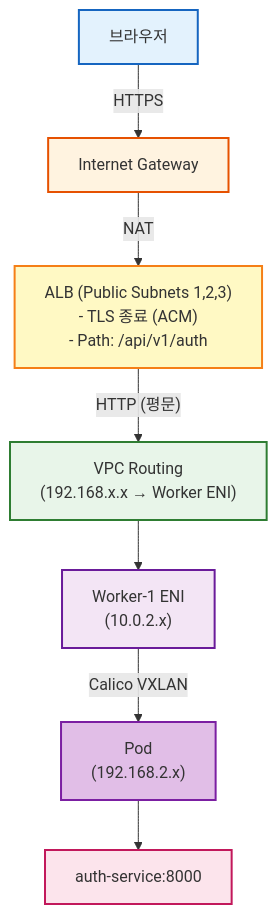
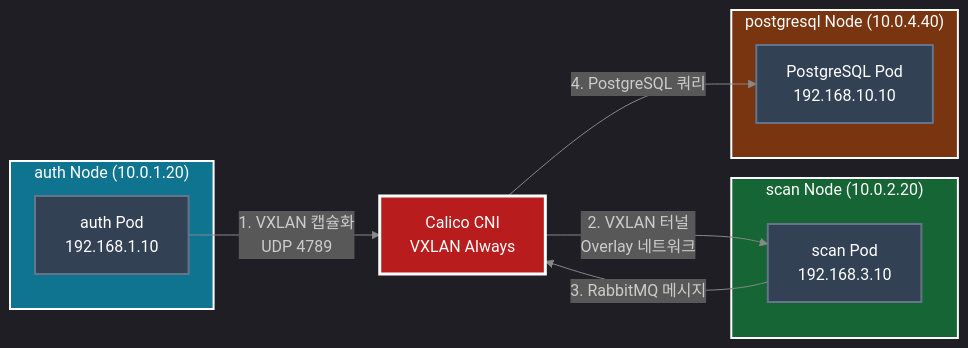
The third of 5 diagrams in docs/infrastructure/02-vpc-network-design.md (SeSACTHON/backend), drawn with Mermaid before and after one commit. The commit also changed other lines of this file and 54 other files, not shown here.

````diff
--- a/docs/infrastructure/02-vpc-network-design.md
+++ b/docs/infrastructure/02-vpc-network-design.md
@@ -209,17 +366,29 @@
 ```mermaid
-graph TD
-    Browser["브라우저"] -->|"HTTPS"| IGW["Internet Gateway"]
-    IGW -->|"NAT"| ALB["ALB (Public Subnets 1,2,3)<br/>- TLS 종료 (ACM)<br/>- Path: /api/v1/auth"]
-    ALB -->|"HTTP (평문)"| Route["VPC Routing<br/>(192.168.x.x → Worker ENI)"]
-    Route --> ENI["Worker-1 ENI<br/>(10.0.2.x)"]
-    ENI -->|"Calico VXLAN"| Pod["Pod<br/>(192.168.2.x)"]
-    Pod --> Service["auth-service:8000"]
+%%{init: {'theme':'dark', 'themeVariables': { 'primaryColor':'#1a1a1a', 'primaryTextColor':'#fff', 'primaryBorderColor':'#444', 'lineColor':'#888', 'secondaryColor':'#2d2d2d', 'tertiaryColor':'#1a1a1a'}}}%%
+graph LR
+    subgraph AuthNode["auth Node (10.0.1.20)"]
+        AuthPod["auth Pod<br/>192.168.1.10"]
+    end
     
-    style Browser fill:#e3f2fd,stroke:#1565c0,stroke-width:2px
-    style IGW fill:#fff3e0,stroke:#e65100,stroke-width:2px
-    style ALB fill:#fff9c4,stroke:#f57f17,stroke-width:2px
-    style Route fill:#e8f5e9,stroke:#2e7d32,stroke-width:2px
-    style ENI fill:#f3e5f5,stroke:#6a1b9a,stroke-width:2px
-    style Pod fill:#e1bee7,stroke:#7b1fa2,stroke-width:2px
-    style Service fill:#fce4ec,stroke:#c2185b,stroke-width:2px
+    subgraph ScanNode["scan Node (10.0.2.20)"]
+        ScanPod["scan Pod<br/>192.168.3.10"]
+    end
+    
+    subgraph PostgresNode["postgresql Node (10.0.4.40)"]
+        PG["PostgreSQL Pod<br/>192.168.10.10"]
+    end
+    
+    AuthPod -->|"1. VXLAN 캡슐화<br/>UDP 4789"| Calico["Calico CNI<br/>VXLAN Always"]
+    Calico -->|"2. VXLAN 터널<br/>Overlay 네트워크"| ScanPod
+    ScanPod -->|"3. RabbitMQ 메시지"| Calico
+    Calico -->|"4. PostgreSQL 쿼리"| PG
+    
+    style AuthNode fill:#0e7490,stroke:#fff,stroke-width:2px,color:#fff
+    style ScanNode fill:#166534,stroke:#fff,stroke-width:2px,color:#fff
+    style PostgresNode fill:#78350f,stroke:#fff,stroke-width:2px,color:#fff
+    style Calico fill:#b91c1c,stroke:#fff,stroke-width:3px,color:#fff
+    
+    style AuthPod fill:#334155,stroke:#64748b,stroke-width:2px,color:#fff
+    style ScanPod fill:#334155,stroke:#64748b,stroke-width:2px,color:#fff
+    style PG fill:#334155,stroke:#64748b,stroke-width:2px,color:#fff
 ```
````
